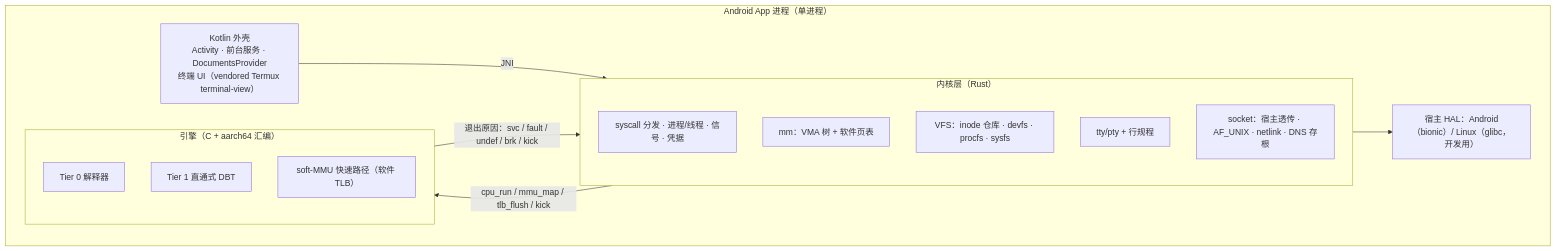
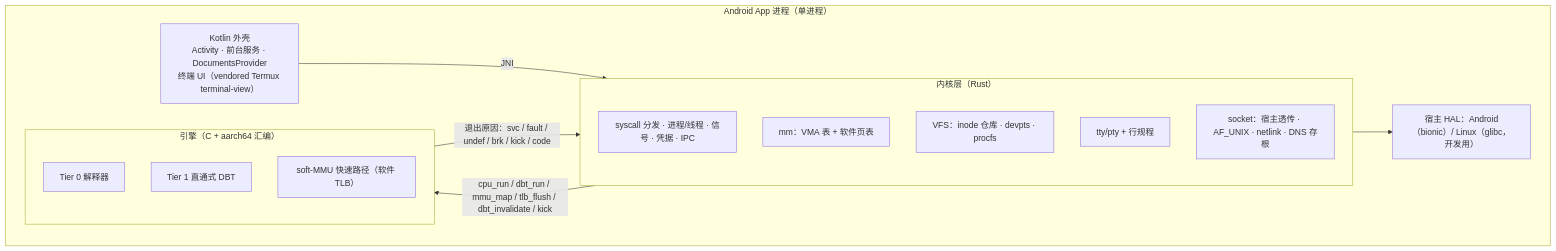
One commit to ferstar/appine changed the diagram in docs/design.md. Above: the diagram before and after it, drawn with Mermaid. The commit also changed other lines of this file and 2 other files, not shown here.

````diff
--- a/docs/design.md
+++ b/docs/design.md
@@ -53,23 +72,23 @@
 ```mermaid
 flowchart TB
     subgraph APP["Android App 进程（单进程）"]
         UI["Kotlin 外壳<br/>Activity · 前台服务 · DocumentsProvider<br/>终端 UI（vendored Termux terminal-view）"]
         subgraph KERNEL["内核层（Rust）"]
-            SYS["syscall 分发 · 进程/线程 · 信号 · 凭据"]
-            MM["mm：VMA 树 + 软件页表"]
-            VFS["VFS：inode 仓库 · devfs · procfs · sysfs"]
+            SYS["syscall 分发 · 进程/线程 · 信号 · 凭据 · IPC"]
+            MM["mm：VMA 表 + 软件页表"]
+            VFS["VFS：inode 仓库 · devpts · procfs"]
             TTY["tty/pty + 行规程"]
             NET["socket：宿主透传 · AF_UNIX · netlink · DNS 存根"]
         end
         subgraph ENGINE["引擎（C + aarch64 汇编）"]
             T0["Tier 0 解释器"]
             T1["Tier 1 直通式 DBT"]
             SMMU["soft-MMU 快速路径（软件 TLB）"]
         end
         HAL["宿主 HAL：Android（bionic）/ Linux（glibc，开发用）"]
     end
     UI -- JNI --> KERNEL
-    ENGINE -- "退出原因：svc / fault / undef / brk / kick" --> KERNEL
-    KERNEL -- "cpu_run / mmu_map / tlb_flush / kick" --> ENGINE
+    ENGINE -- "退出原因：svc / fault / undef / brk / kick / code" --> KERNEL
+    KERNEL -- "cpu_run / dbt_run / mmu_map / tlb_flush / dbt_invalidate / kick" --> ENGINE
     KERNEL --> HAL
 ```
````
